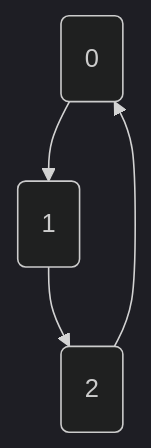
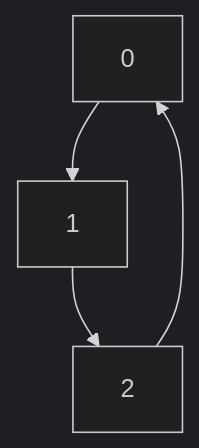
One commit to Aadv1k/giraffe changed the diagram in README.md. Above: the diagram before and after it, drawn with Mermaid (dark theme). The commit also changed other lines of this file and 2 other files, not shown here.

Commit message:
Add a simple parser to parse graph as mermaid

````diff
--- a/README.md
+++ b/README.md
@@ -47,6 +49,9 @@
 ```mermaid
 graph TD;
-    0(0) --> 1(1);
-    1 --> 2(2);
+    0;
+    1;
+    2;
+    0 --> 1;
+    1 --> 2;
     2 --> 0;
 ```
````
